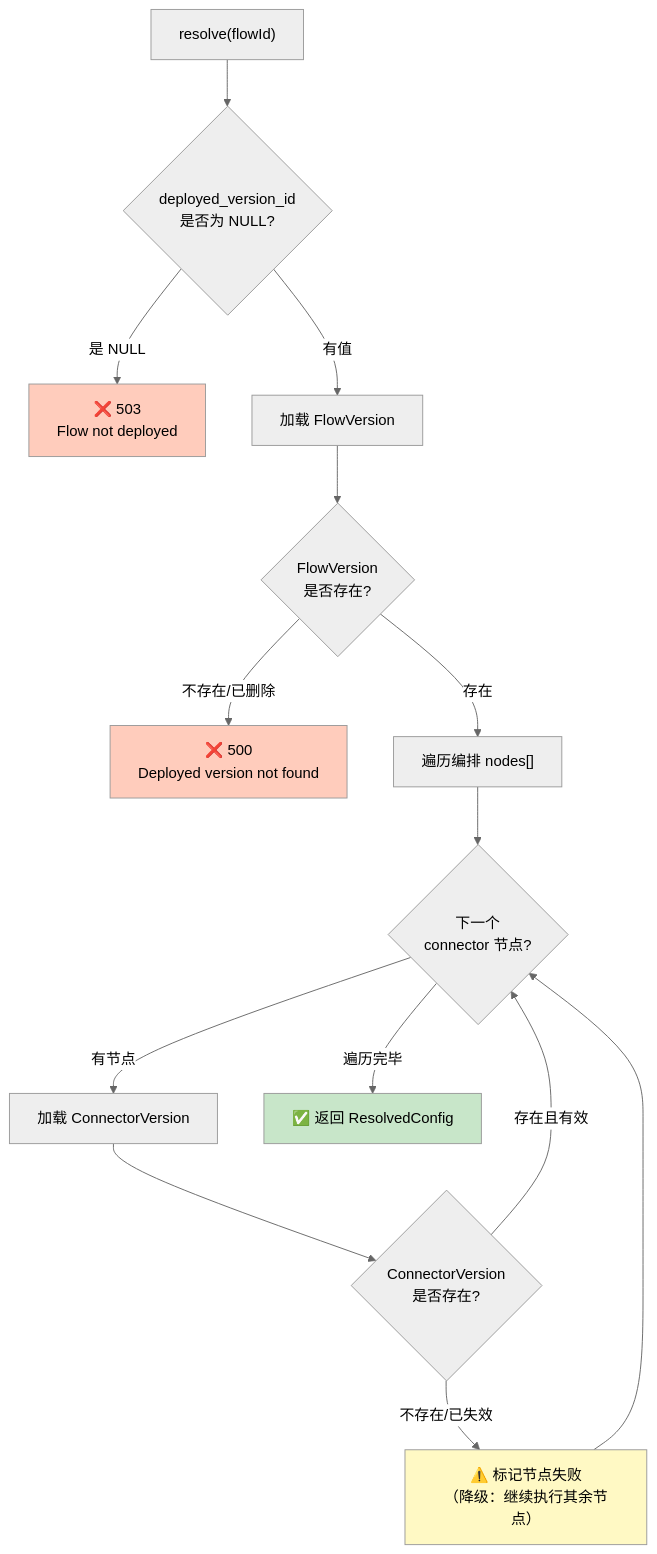
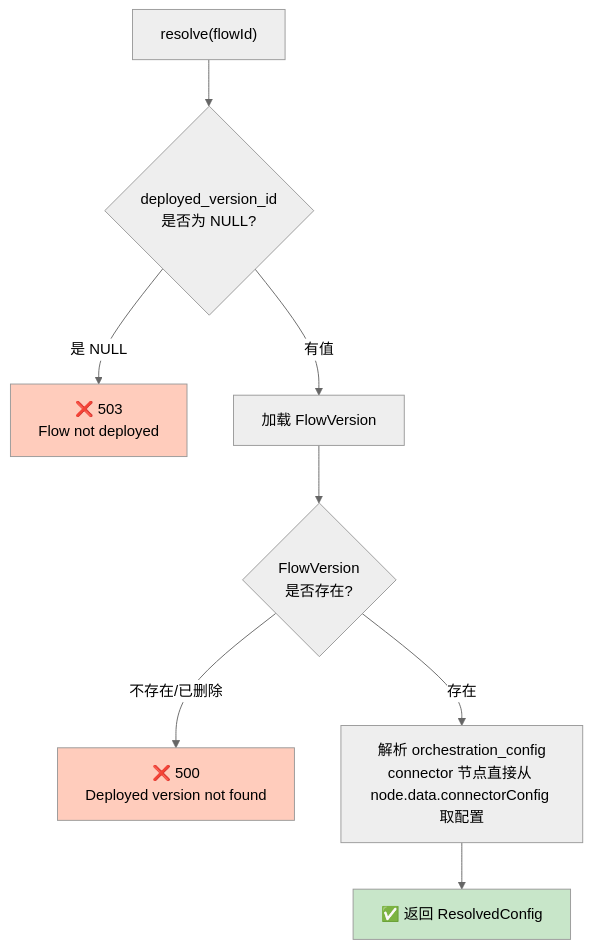
The sixth of 16 diagrams in .sddu/specs-tree-root/specs-tree-connector-platform-v3/plan-runtime.md (THZSummer/open-app), drawn with Mermaid (neutral theme) before and after one commit. The commit also changed other lines of this file, not shown here.

First line of the commit message:
fix: plan-runtime §1 VersionConfigResolver 序列图/流程图同步更新

````diff
--- a/.sddu/specs-tree-root/specs-tree-connector-platform-v3/plan-runtime.md
+++ b/.sddu/specs-tree-root/specs-tree-connector-platform-v3/plan-runtime.md
@@ -319,21 +329,14 @@
 ```mermaid
 flowchart TD
     START["resolve(flowId)"] --> DEPLOY{"deployed_version_id<br/>是否为 NULL?"}
     DEPLOY -->|"是 NULL"| E503["❌ 503<br/>Flow not deployed"]
     DEPLOY -->|"有值"| LOAD_FV["加载 FlowVersion"]
     LOAD_FV --> FV_EXIST{"FlowVersion<br/>是否存在?"}
     FV_EXIST -->|"不存在/已删除"| E500["❌ 500<br/>Deployed version not found"]
-    FV_EXIST -->|"存在"| LOOP_NODES["遍历编排 nodes[]"]
-    LOOP_NODES --> NEXT{"下一个<br/>connector 节点?"}
-    NEXT -->|"有节点"| LOAD_CV["加载 ConnectorVersion"]
-    LOAD_CV --> CV_EXIST{"ConnectorVersion<br/>是否存在?"}
-    CV_EXIST -->|"存在且有效"| NEXT
-    CV_EXIST -->|"不存在/已失效"| MARK_FAIL["⚠️ 标记节点失败<br/>（降级：继续执行其余节点）"]
-    MARK_FAIL --> NEXT
-    NEXT -->|"遍历完毕"| RETURN["✅ 返回 ResolvedConfig"]
+    FV_EXIST -->|"存在"| PARSE["解析 orchestration_config<br/>connector 节点直接从 node.data.connectorConfig 取配置"]
+    PARSE --> RETURN["✅ 返回 ResolvedConfig"]
 
     style E503 fill:#ffccbc
     style E500 fill:#ffccbc
-    style MARK_FAIL fill:#fff9c4
     style RETURN fill:#c8e6c9
 ```
````
